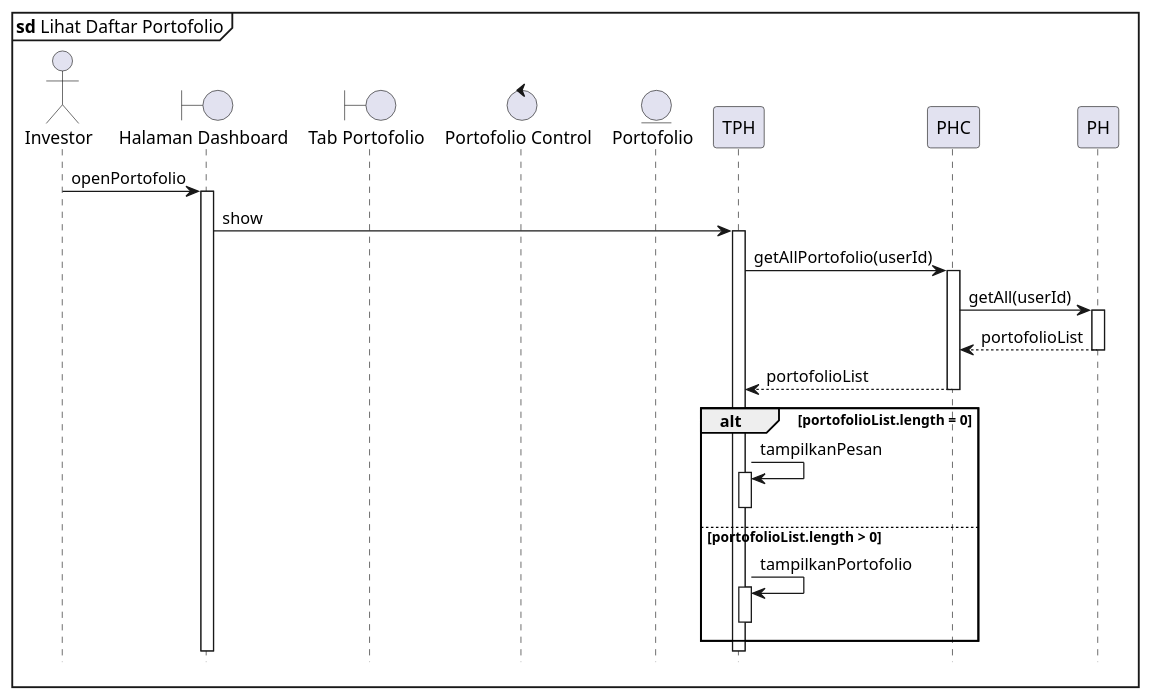
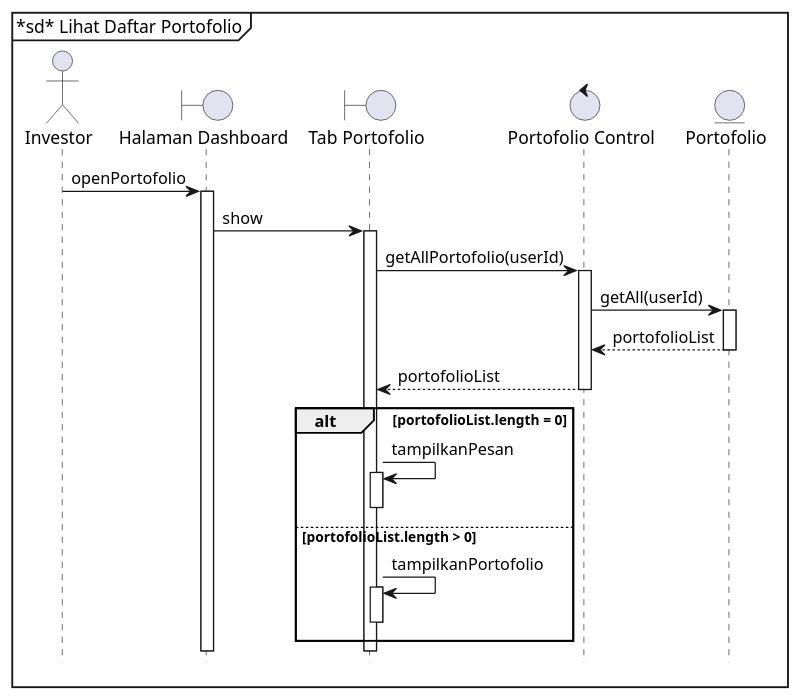
One commit to clarestarahma/manajemen-investasi changed the diagram in sequence/lihat-daftar-portofolio.puml. Above: the diagram before and after it, drawn with PlantUML. The commit also changed 1 other file, not shown here.

Commit message:
ada salah boundary tadi di hapus porto dan lihat daftar

```diff
--- a/sequence/lihat-daftar-portofolio.puml
+++ b/sequence/lihat-daftar-portofolio.puml
@@ -1,29 +1,29 @@
 @startuml Sequence
 
 hide footbox
 autoactivate on
 
-mainframe **sd** Lihat Daftar Portofolio
+mainframe *sd* Lihat Daftar Portofolio
 
 actor Investor as I
 boundary "Halaman Dashboard" as HD
 boundary "Tab Portofolio" as TP
 control "Portofolio Control" as PC
 entity "Portofolio" as P
 
 I -> HD : openPortofolio
-HD -> TPH : show
-TPH -> PHC : getAllPortofolio(userId)
-PHC -> PH : getAll(userId)
-PH --> PHC : portofolioList
-PHC --> TPH : portofolioList
+HD -> TP : show
+TP -> PC : getAllPortofolio(userId)
+PC -> P : getAll(userId)
+P --> PC : portofolioList
+PC --> TP : portofolioList
 
 alt portofolioList.length = 0
-  TPH -> TPH : tampilkanPesan
-  deactivate TPH
+  TP -> TP : tampilkanPesan
+  deactivate TP
 else portofolioList.length > 0
-  TPH -> TPH : tampilkanPortofolio
-  deactivate TPH
+  TP -> TP : tampilkanPortofolio
+  deactivate TP
 end
 
 @enduml
```
